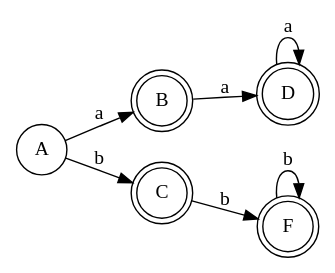
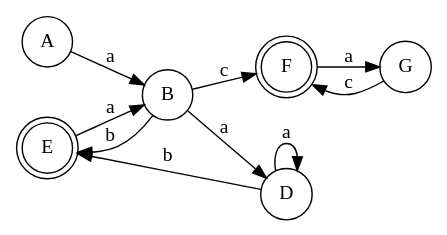
One commit to bloomfieldfong/Creacion-de-Automatas changed the diagram in automata.gv. Above: the diagram before and after it, drawn with Graphviz. The commit also changed 10 other files, not shown here.

```diff
--- a/automata.gv
+++ b/automata.gv
@@ -1,17 +1,18 @@
 digraph finite_state_machine {
 	rankdir=LR size="8,5"
 	node [shape=doublecircle]
-	B
-	C
-	D
+	E
 	F
-	D
+	E
 	F
 	node [shape=circle]
 	A -> B [label=a]
-	A -> C [label=b]
 	B -> D [label=a]
-	C -> F [label=b]
+	B -> E [label=b]
+	B -> F [label=c]
 	D -> D [label=a]
-	F -> F [label=b]
+	D -> E [label=b]
+	E -> B [label=a]
+	F -> G [label=a]
+	G -> F [label=c]
 }
```
